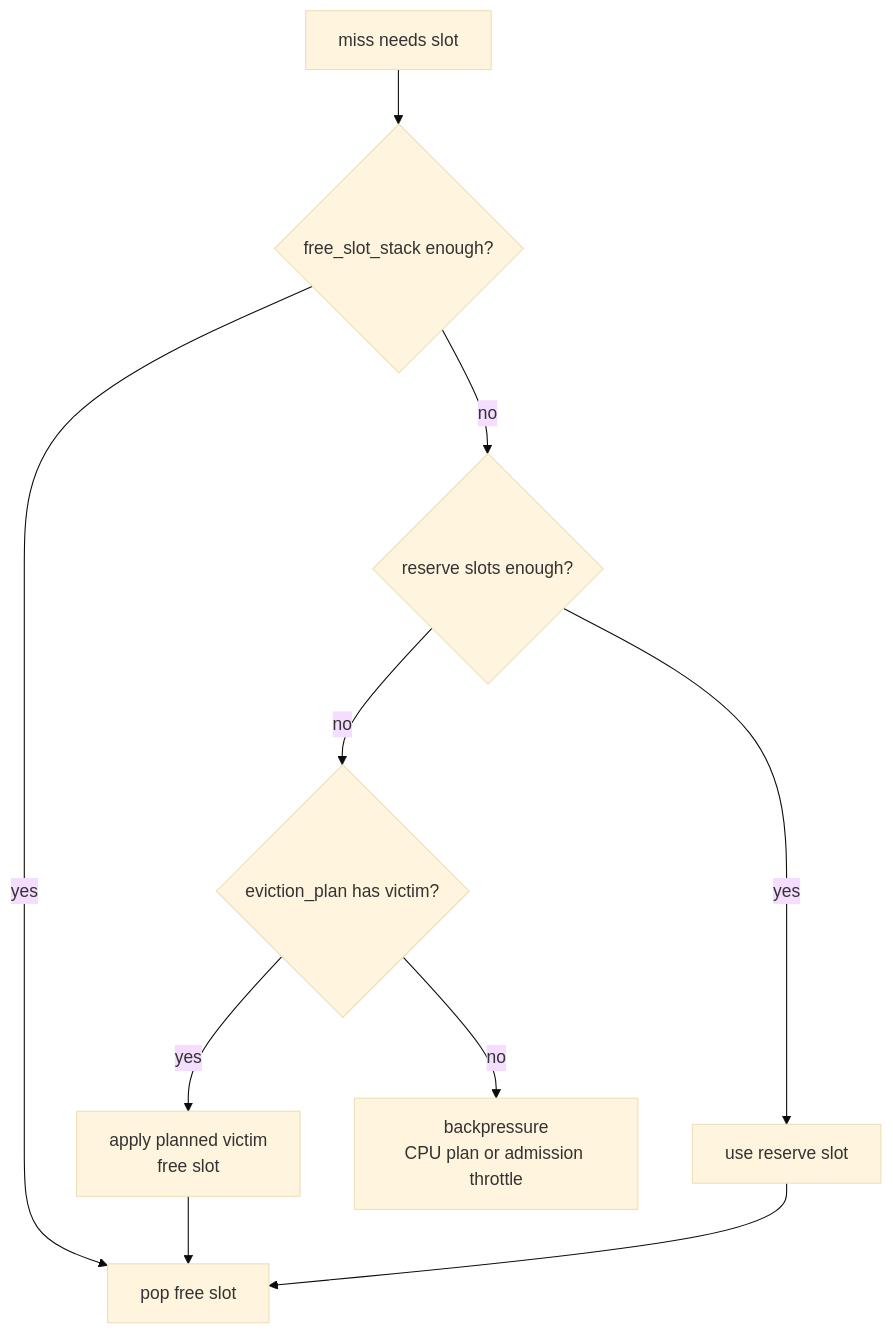
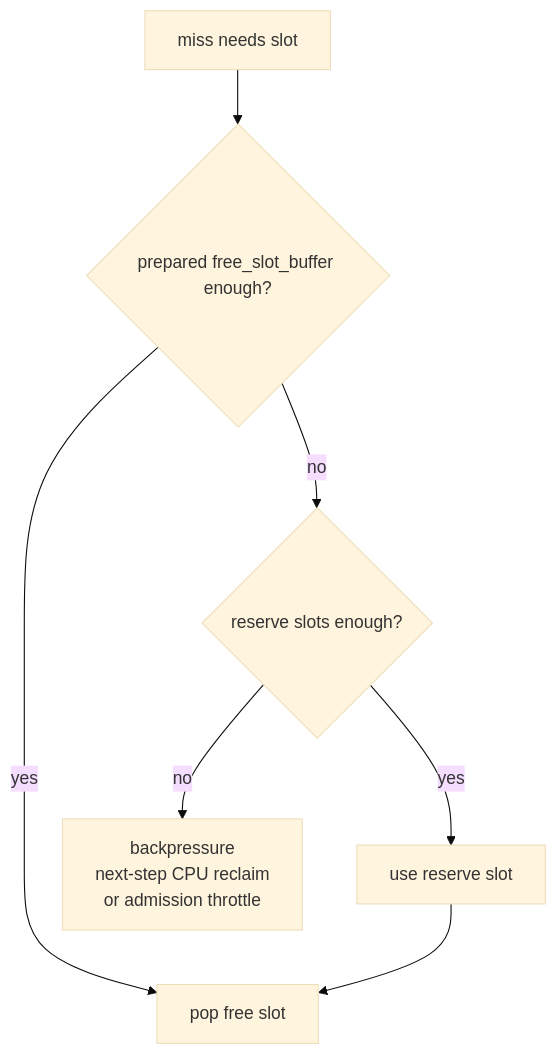
The sixth of 8 diagrams in docs/draft/2026-06-02-npu-hbm-kvcache-management-draft.md (ykfnxx/ASU-Ascend), drawn with Mermaid (base theme) before and after one commit. The commit also changed other lines of this file, not shown here.

````diff
--- a/docs/draft/2026-06-02-npu-hbm-kvcache-management-draft.md
+++ b/docs/draft/2026-06-02-npu-hbm-kvcache-management-draft.md
@@ -586,12 +734,9 @@
 ```mermaid
 flowchart TB
-    A["miss needs slot"] --> B{"free_slot_stack enough?"}
+    A["miss needs slot"] --> B{"prepared free_slot_buffer enough?"}
     B -- "yes" --> C["pop free slot"]
     B -- "no" --> D{"reserve slots enough?"}
     D -- "yes" --> E["use reserve slot"]
-    D -- "no" --> F{"eviction_plan has victim?"}
-    F -- "yes" --> G["apply planned victim<br/>free slot"]
-    F -- "no" --> H["backpressure<br/>CPU plan or admission throttle"]
-    G --> C
+    D -- "no" --> F["backpressure<br/>next-step CPU reclaim<br/>or admission throttle"]
     E --> C
 ```
````
